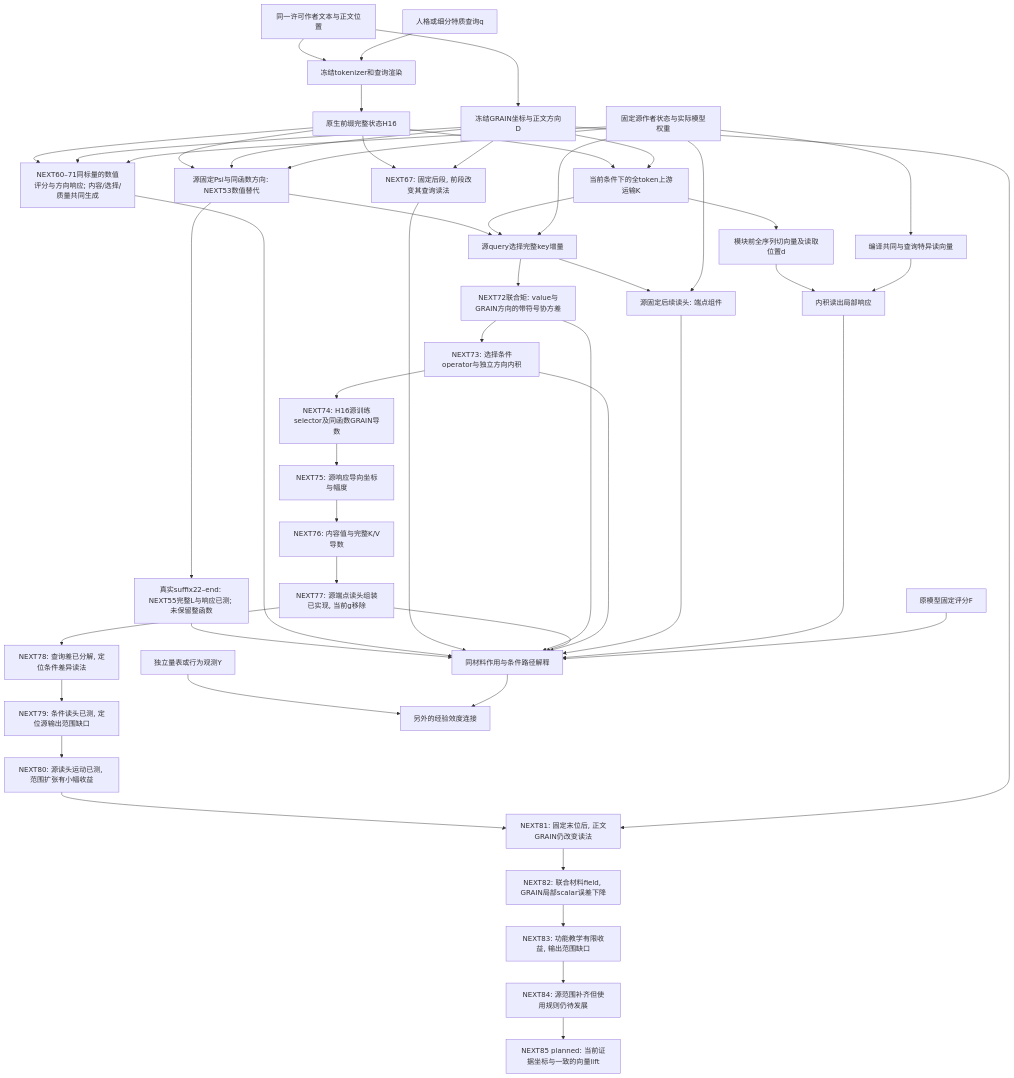
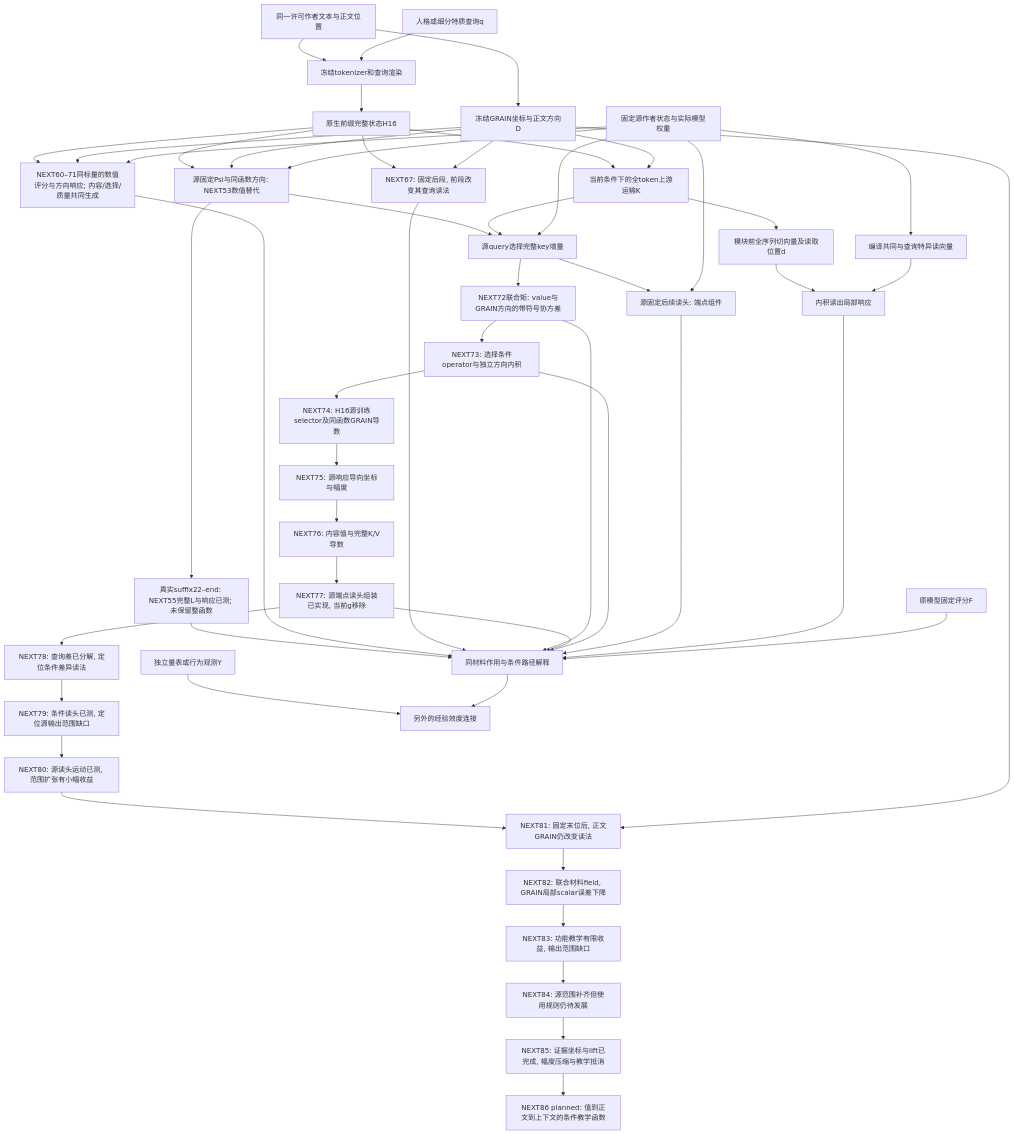
The diagram in docs/GRAIN_UPSTREAM_MECHANISM_INTEGRATION_V1.md (reiserhhh/GRAIN), drawn with Mermaid before and after one commit. The commit also changed other lines of this file and 32 other files, not shown here.

````diff
--- a/docs/GRAIN_UPSTREAM_MECHANISM_INTEGRATION_V1.md
+++ b/docs/GRAIN_UPSTREAM_MECHANISM_INTEGRATION_V1.md
@@ -8,53 +8,54 @@
 ```mermaid
 flowchart TD
   T[同一许可作者文本与正文位置] --> G[冻结GRAIN坐标与正文方向D]
   T --> R[冻结tokenizer和查询渲染]
   Q[人格或细分特质查询q] --> R
   R --> H[原生前缀完整状态H16]
   H --> K[当前条件下的全token上游运输K]
   H --> P[源固定Psi与同函数方向: NEXT53数值替代]
   G --> P
   S --> P
   P --> U
   P --> W[真实suffix22–end: NEXT55完整L与响应已测; 未保留整函数]
   W --> J
   H --> Z[NEXT60–71同标量的数值评分与方向响应; 内容/选择/质量共同生成]
   G --> Z
   S --> Z
   Z --> J
   H --> I[NEXT67: 固定后段, 前段改变其查询读法]
   G --> I
   I --> J
   G --> K
   K --> D[模块前全序列切向量及读取位置d]
   S[固定源作者状态与实际模型权重] --> V[编译共同与查询特异读向量]
   D --> A[内积读出局部响应]
   V --> A
   K --> U[源query选择完整key增量]
   S --> U
   U --> M[NEXT72联合矩: value与GRAIN方向的带符号协方差]
   M --> J
   M --> O[NEXT73: 选择条件operator与独立方向内积]
   O --> P74[NEXT74: H16源训练selector及同函数GRAIN导数]
   P74 --> P75[NEXT75: 源响应导向坐标与幅度]
   P75 --> P76[NEXT76: 内容值与完整K/V导数]
   P76 --> P77[NEXT77: 源端点读头组装已实现, 当前g移除]
   P77 --> J
   P77 --> P78[NEXT78: 查询差已分解, 定位条件差异读法]
   P78 --> P79[NEXT79: 条件读头已测, 定位源输出范围缺口]
   P79 --> P80[NEXT80: 源读头运动已测, 范围扩张有小幅收益]
   P80 --> P81[NEXT81: 固定末位后, 正文GRAIN仍改变读法]
   G --> P81
   P81 --> P82[NEXT82: 联合材料field, GRAIN局部scalar误差下降]
   P82 --> P83[NEXT83: 功能教学有限收益, 输出范围缺口]
   P83 --> P84[NEXT84: 源范围补齐但使用规则仍待发展]
-  P84 --> P85[NEXT85 planned: 当前证据坐标与一致的向量lift]
+  P84 --> P85[NEXT85: 证据坐标与lift已完成, 幅度压缩与教学抵消]
+  P85 --> P86[NEXT86 planned: 值到正文到上下文的条件教学函数]
   O --> J
   U --> C[源固定后续读头: 端点组件]
   S --> C
   C --> J
   A --> J[同材料作用与条件路径解释]
   F[原模型固定评分F] --> J
   Y[独立量表或行为观测Y] --> E[另外的经验效度连接]
   J --> E
 ```
````
